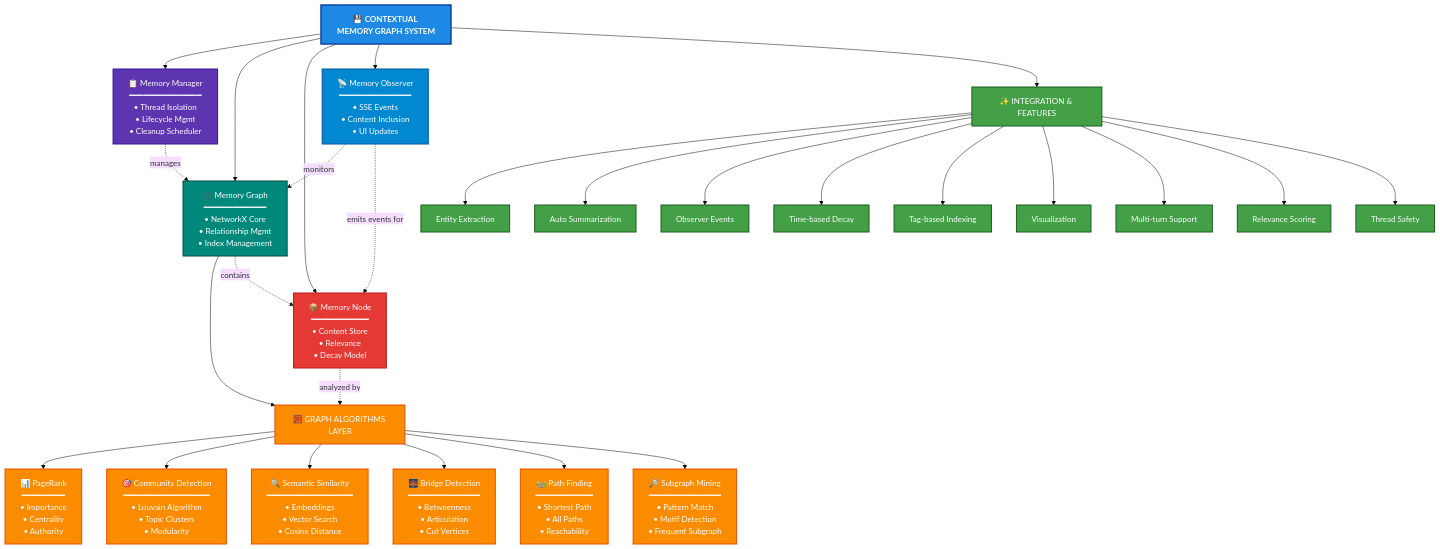
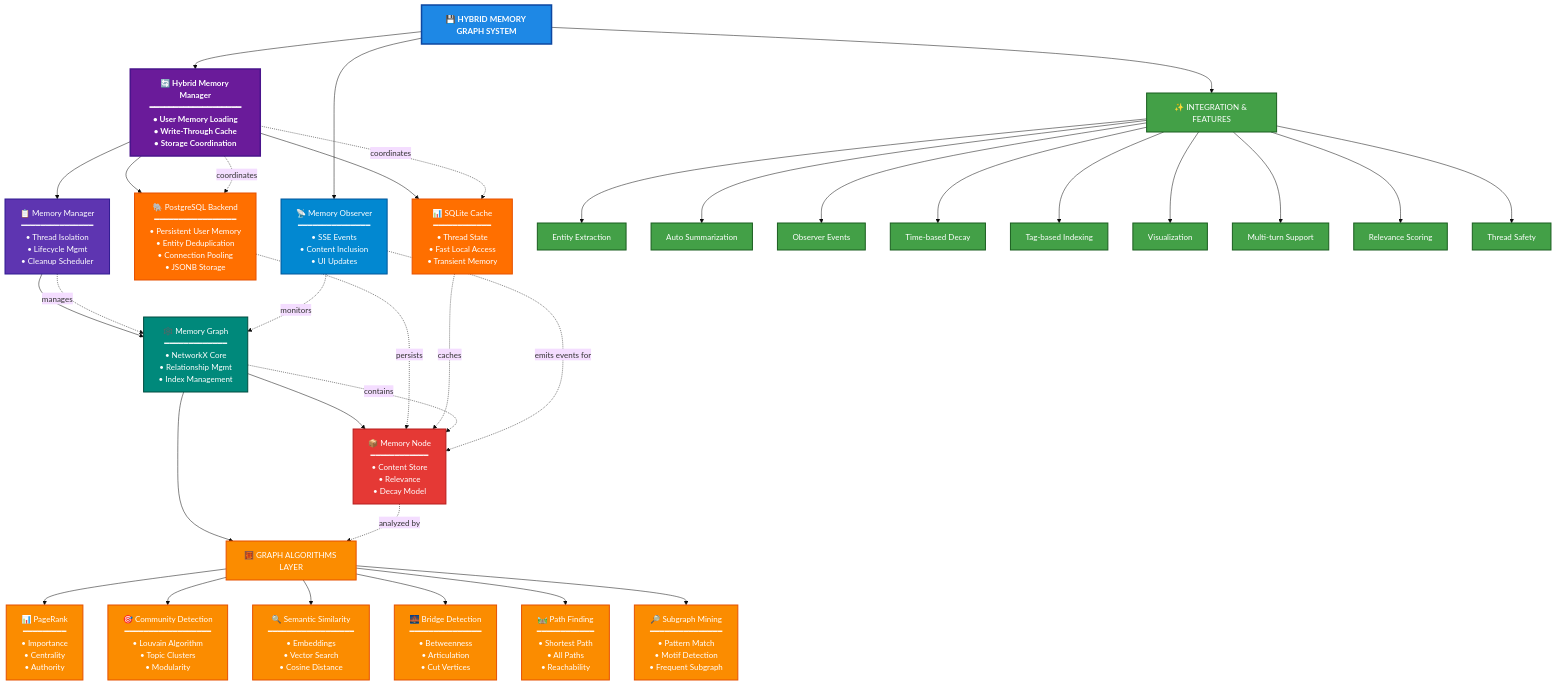
One commit to nickpeterson92/consultant-assistant changed the first of 3 diagrams in docs/components/contextual-memory-graph.md. Above: the diagram before and after it, drawn with Mermaid (base theme). The commit also changed other lines of this file and 2 other files, not shown here.

````diff
--- a/docs/components/contextual-memory-graph.md
+++ b/docs/components/contextual-memory-graph.md
@@ -9,52 +17,65 @@
 ```mermaid
 flowchart TB
     %% Define styles
     classDef systemClass fill:#1e88e5,stroke:#0d47a1,stroke-width:3px,color:#ffffff,font-weight:bold
     classDef managerClass fill:#5e35b1,stroke:#311b92,stroke-width:2px,color:#ffffff
     classDef graphClass fill:#00897b,stroke:#004d40,stroke-width:2px,color:#ffffff
     classDef nodeClass fill:#e53935,stroke:#b71c1c,stroke-width:2px,color:#ffffff
     classDef algoClass fill:#fb8c00,stroke:#e65100,stroke-width:2px,color:#ffffff
     classDef featureClass fill:#43a047,stroke:#1b5e20,stroke-width:2px,color:#ffffff
     classDef observerClass fill:#0288d1,stroke:#01579b,stroke-width:2px,color:#ffffff
+    classDef storageClass fill:#ff6f00,stroke:#e65100,stroke-width:2px,color:#ffffff
+    classDef hybridClass fill:#6a1b9a,stroke:#4a148c,stroke-width:3px,color:#ffffff,font-weight:bold
     
     %% Top-level system
-    SYSTEM[💾 CONTEXTUAL MEMORY GRAPH SYSTEM]:::systemClass
+    SYSTEM[💾 HYBRID MEMORY GRAPH SYSTEM]:::systemClass
+    
+    %% Hybrid Manager
+    SYSTEM --> HYBRID[🔄 Hybrid Memory Manager<br>━━━━━━━━━━━━━━━━━━━<br>• User Memory Loading<br>• Write-Through Cache<br>• Storage Coordination]:::hybridClass
+    
+    %% Storage Layer
+    HYBRID --> POSTGRES[🐘 PostgreSQL Backend<br>━━━━━━━━━━━━━━━━━<br>• Persistent User Memory<br>• Entity Deduplication<br>• Connection Pooling<br>• JSONB Storage]:::storageClass
+    HYBRID --> SQLITE[📊 SQLite Cache<br>━━━━━━━━━━━━<br>• Thread State<br>• Fast Local Access<br>• Transient Memory]:::storageClass
     
     %% Core components
-    SYSTEM --> MANAGER[📋 Memory Manager<br>━━━━━━━━━━━━━━━<br>• Thread Isolation<br>• Lifecycle Mgmt<br>• Cleanup Scheduler]:::managerClass
-    SYSTEM --> GRAPH[🕸️ Memory Graph<br>━━━━━━━━━━━━━<br>• NetworkX Core<br>• Relationship Mgmt<br>• Index Management]:::graphClass
-    SYSTEM --> NODE[📦 Memory Node<br>━━━━━━━━━━━━<br>• Content Store<br>• Relevance<br>• Decay Model]:::nodeClass
+    HYBRID --> MANAGER[📋 Memory Manager<br>━━━━━━━━━━━━━━━<br>• Thread Isolation<br>• Lifecycle Mgmt<br>• Cleanup Scheduler]:::managerClass
+    MANAGER --> GRAPH[🕸️ Memory Graph<br>━━━━━━━━━━━━━<br>• NetworkX Core<br>• Relationship Mgmt<br>• Index Management]:::graphClass
+    GRAPH --> NODE[📦 Memory Node<br>━━━━━━━━━━━━<br>• Content Store<br>• Relevance<br>• Decay Model]:::nodeClass
     
     %% Observer Integration
     SYSTEM --> OBSERVER[📡 Memory Observer<br>━━━━━━━━━━━━━━━<br>• SSE Events<br>• Content Inclusion<br>• UI Updates]:::observerClass
     
     %% Algorithms layer
     GRAPH --> ALGOS[🧮 GRAPH ALGORITHMS LAYER]:::algoClass
     
     %% Algorithm components
     ALGOS --> PR[📊 PageRank<br>━━━━━━━━━<br>• Importance<br>• Centrality<br>• Authority]:::algoClass
     ALGOS --> CD[🎯 Community Detection<br>━━━━━━━━━━━━━━━━━━<br>• Louvain Algorithm<br>• Topic Clusters<br>• Modularity]:::algoClass
     ALGOS --> SEM[🔍 Semantic Similarity<br>━━━━━━━━━━━━━━━━━━<br>• Embeddings<br>• Vector Search<br>• Cosine Distance]:::algoClass
     ALGOS --> BRIDGE[🌉 Bridge Detection<br>━━━━━━━━━━━━━━━<br>• Betweenness<br>• Articulation<br>• Cut Vertices]:::algoClass
     ALGOS --> PATH[🛤️ Path Finding<br>━━━━━━━━━━━━<br>• Shortest Path<br>• All Paths<br>• Reachability]:::algoClass
     ALGOS --> SUB[🔎 Subgraph Mining<br>━━━━━━━━━━━━━━━<br>• Pattern Match<br>• Motif Detection<br>• Frequent Subgraph]:::algoClass
     
     %% Features
     SYSTEM --> FEATURES[✨ INTEGRATION & FEATURES]:::featureClass
     FEATURES --> F1[Entity Extraction]:::featureClass
     FEATURES --> F2[Auto Summarization]:::featureClass
     FEATURES --> F3[Observer Events]:::featureClass
     FEATURES --> F4[Time-based Decay]:::featureClass
     FEATURES --> F5[Tag-based Indexing]:::featureClass
     FEATURES --> F6[Visualization]:::featureClass
     FEATURES --> F7[Multi-turn Support]:::featureClass
     FEATURES --> F8[Relevance Scoring]:::featureClass
     FEATURES --> F9[Thread Safety]:::featureClass
     
     %% Relationships
+    POSTGRES -.->|persists| NODE
+    SQLITE -.->|caches| NODE
+    HYBRID -.->|coordinates| POSTGRES
+    HYBRID -.->|coordinates| SQLITE
     MANAGER -.->|manages| GRAPH
     GRAPH -.->|contains| NODE
     NODE -.->|analyzed by| ALGOS
     OBSERVER -.->|monitors| GRAPH
     OBSERVER -.->|emits events for| NODE
 ```
````
